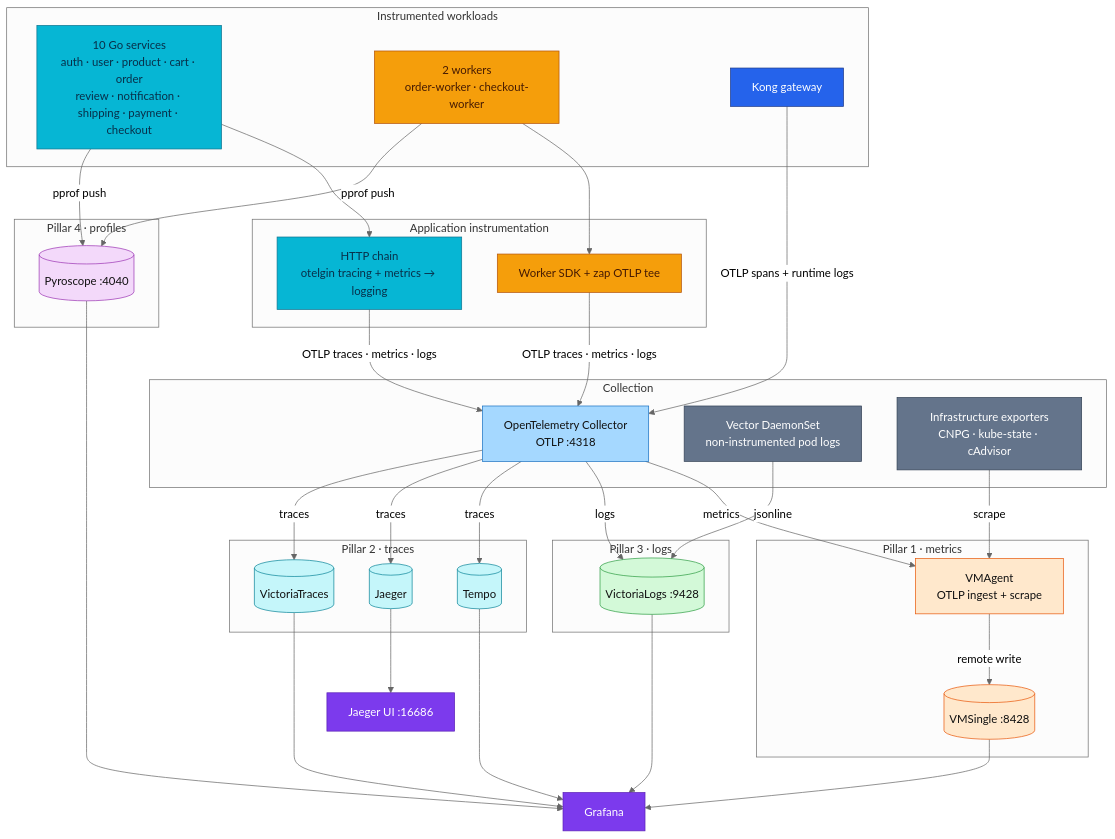
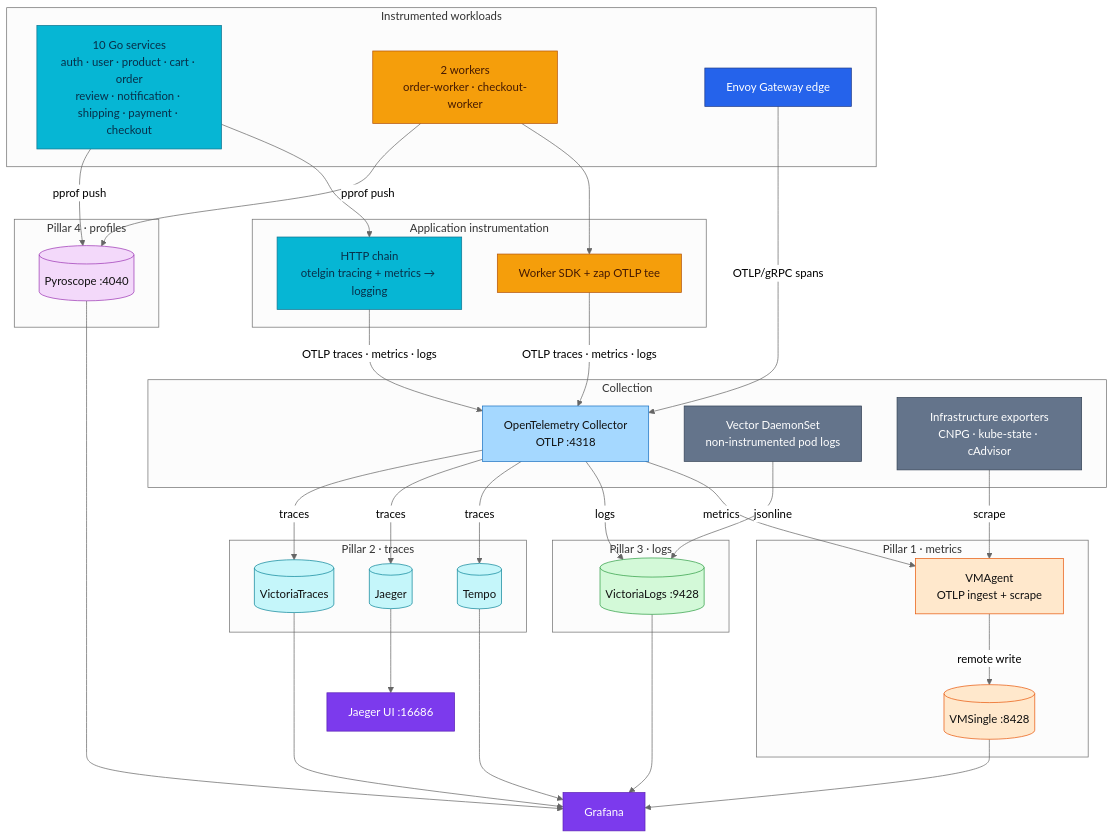
One commit to duynhlab/homelab changed the third of 7 diagrams in docs/observability/runbooks/observability-deep-dive.md. Above: the diagram before and after it, drawn with Mermaid (neutral theme). The commit also changed other lines of this file and 30 other files, not shown here.

````diff
--- a/docs/observability/runbooks/observability-deep-dive.md
+++ b/docs/observability/runbooks/observability-deep-dive.md
@@ -185,79 +185,79 @@
 ```mermaid
 flowchart TD
     subgraph workloads["Instrumented workloads"]
         services["10 Go services<br/>auth · user · product · cart · order<br/>review · notification · shipping · payment · checkout"]
         workers["2 workers<br/>order-worker · checkout-worker"]
-        kong["Kong gateway"]
+        edgeGw["Envoy Gateway edge"]
     end
 
     subgraph instrumentation["Application instrumentation"]
         http["HTTP chain<br/>otelgin tracing + metrics → logging"]
         workerObs["Worker SDK + zap OTLP tee"]
     end
 
     subgraph collection["Collection"]
         otel["OpenTelemetry Collector<br/>OTLP :4318"]
         vector["Vector DaemonSet<br/>non-instrumented pod logs"]
         infra["Infrastructure exporters<br/>CNPG · kube-state · cAdvisor"]
     end
 
     subgraph metrics["Pillar 1 · metrics"]
         vmAgent["VMAgent<br/>OTLP ingest + scrape"]
         vmSingle[("VMSingle :8428")]
     end
 
     subgraph traces["Pillar 2 · traces"]
         tempo[("Tempo")]
         jaeger[("Jaeger")]
         victoriaTraces[("VictoriaTraces")]
     end
 
     subgraph logs["Pillar 3 · logs"]
         victoriaLogs[("VictoriaLogs :9428")]
     end
 
     subgraph profiles["Pillar 4 · profiles"]
         pyroscope[("Pyroscope :4040")]
     end
 
     services --> http -->|"OTLP traces · metrics · logs"| otel
     workers --> workerObs -->|"OTLP traces · metrics · logs"| otel
-    kong -->|"OTLP spans + runtime logs"| otel
+    edgeGw -->|"OTLP/gRPC spans"| otel
     infra -->|scrape| vmAgent
     vector -->|jsonline| victoriaLogs
     otel -->|metrics| vmAgent -->|remote write| vmSingle
     otel -->|logs| victoriaLogs
     otel -->|traces| tempo
     otel -->|traces| jaeger
     otel -->|traces| victoriaTraces
     services -->|pprof push| pyroscope
     workers -->|pprof push| pyroscope
 
     vmSingle --> grafana["Grafana"]
     tempo --> grafana
     victoriaTraces --> grafana
     victoriaLogs --> grafana
     pyroscope --> grafana
     jaeger --> jaegerUI["Jaeger UI :16686"]
 
     classDef service fill:#06b6d4,color:#082f49,stroke:#0e7490;
     classDef worker fill:#f59e0b,color:#451a03,stroke:#b45309;
     classDef edge fill:#2563eb,color:#fff,stroke:#1e3a8a;
     classDef external fill:#64748b,color:#fff,stroke:#334155;
     classDef platform fill:#7c3aed,color:#fff,stroke:#5b21b6;
     classDef metric fill:#ffe8cc,color:#111,stroke:#e8590c;
     classDef log fill:#d3f9d8,color:#111,stroke:#2f9e44;
     classDef trace fill:#c5f6fa,color:#111,stroke:#0c8599;
     classDef profile fill:#f3d9fa,color:#111,stroke:#9c36b5;
     classDef collector fill:#a5d8ff,color:#111,stroke:#1971c2;
     class services,http service;
     class workers,workerObs worker;
-    class kong edge;
+    class edgeGw edge;
     class vector,infra external;
     class otel collector;
     class vmAgent,vmSingle metric;
     class victoriaLogs log;
     class tempo,jaeger,victoriaTraces trace;
     class pyroscope profile;
     class grafana,jaegerUI platform;
 ```
````
